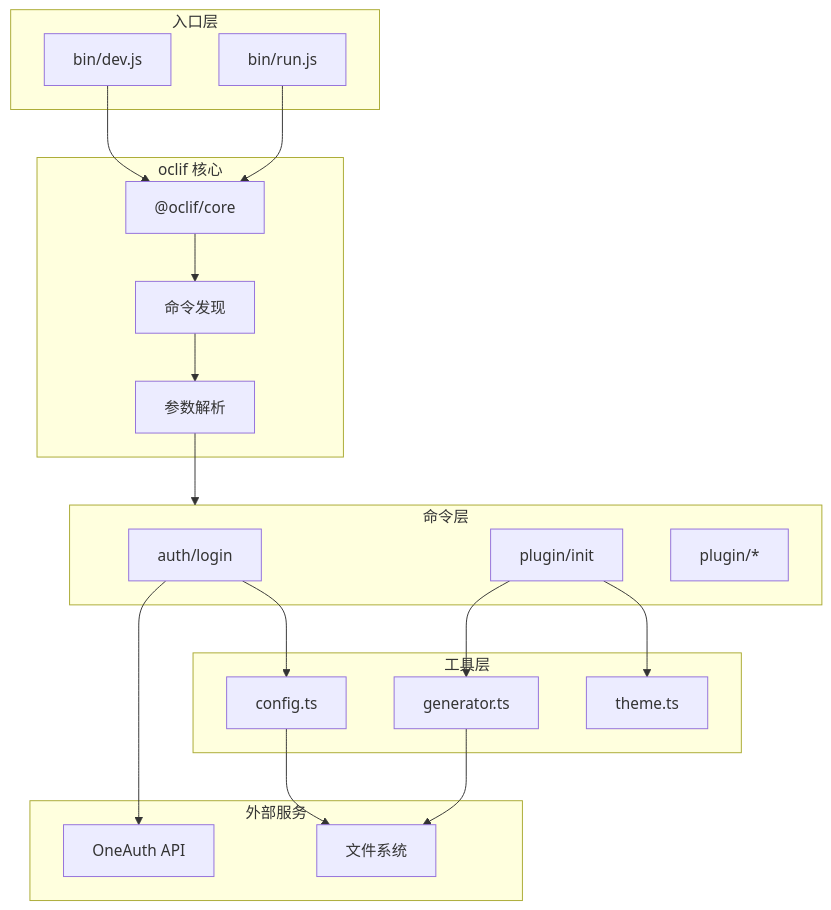
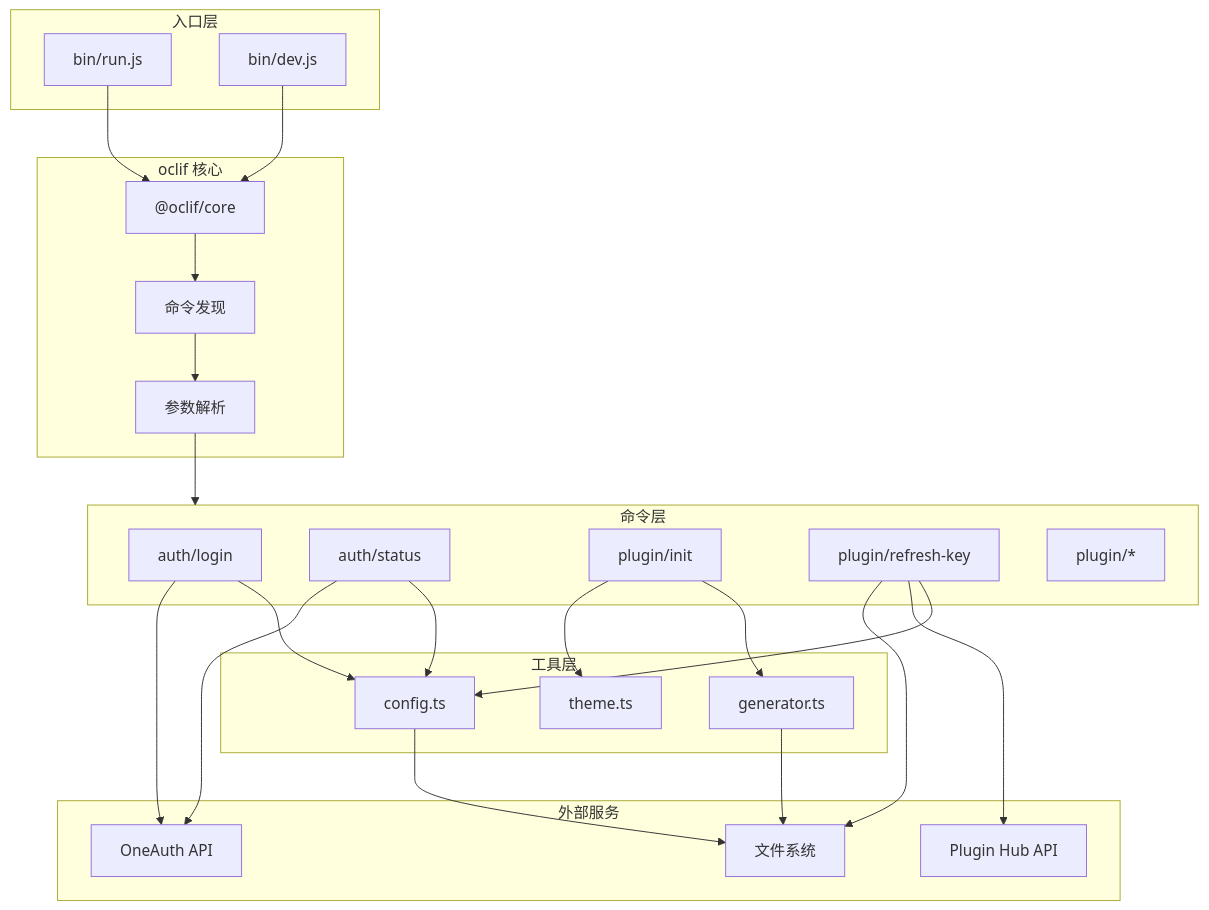
One commit to choice-open/automation-plugin-cli changed the first of 4 diagrams in ARCHITECTURE.md. Above: the diagram before and after it, drawn with Mermaid. The commit also changed other lines of this file, not shown here.

Commit message:
docs: update architecture with auth status and refresh-key commands

````diff
--- a/ARCHITECTURE.md
+++ b/ARCHITECTURE.md
@@ -58,43 +60,51 @@
 ```mermaid
 flowchart TB
     subgraph Entry["入口层"]
         BIN["bin/run.js"]
         DEV["bin/dev.js"]
     end
 
     subgraph Core["oclif 核心"]
         OCLIF["@oclif/core"]
         DISCOVER["命令发现"]
         PARSE["参数解析"]
     end
 
     subgraph Commands["命令层"]
-        AUTH["auth/login"]
+        AUTH_LOGIN["auth/login"]
+        AUTH_STATUS["auth/status"]
         INIT["plugin/init"]
+        REFRESH["plugin/refresh-key"]
         OTHER["plugin/*"]
     end
 
     subgraph Utils["工具层"]
         CONFIG["config.ts"]
         GEN["generator.ts"]
         THEME["theme.ts"]
     end
 
     subgraph External["外部服务"]
         ONEAUTH["OneAuth API"]
+        HUB["Plugin Hub API"]
         FS["文件系统"]
     end
 
     BIN --> OCLIF
     DEV --> OCLIF
     OCLIF --> DISCOVER
     DISCOVER --> PARSE
     PARSE --> Commands
 
-    AUTH --> CONFIG
-    AUTH --> ONEAUTH
+    AUTH_LOGIN --> CONFIG
+    AUTH_LOGIN --> ONEAUTH
+    AUTH_STATUS --> CONFIG
+    AUTH_STATUS --> ONEAUTH
+    REFRESH --> CONFIG
+    REFRESH --> HUB
+    REFRESH --> FS
     INIT --> GEN
     INIT --> THEME
     GEN --> FS
     CONFIG --> FS
 ```
````
